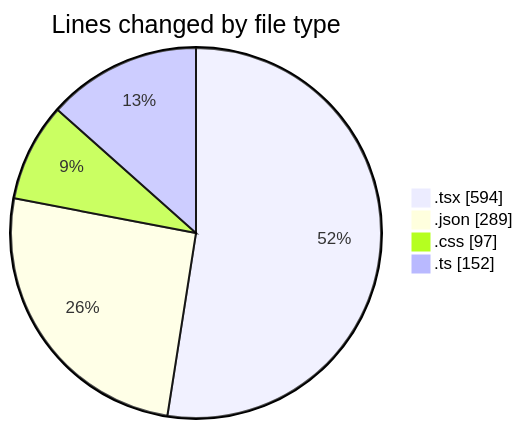
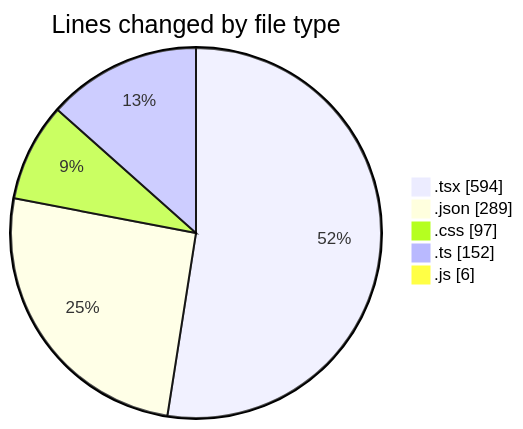
One commit to Elitesun/code-tracking changed the first of 2 diagrams in 2025-05-04/niten/README.md. Above: the diagram before and after it, drawn with Mermaid. The commit also changed other lines of this file and 1 other file, not shown here.

````diff
--- a/2025-05-04/niten/README.md
+++ b/2025-05-04/niten/README.md
@@ -36,8 +37,9 @@
 ```mermaid
 pie showData
 title Lines changed by file type
 ".tsx" : 594
 ".json" : 289
 ".css" : 97
 ".ts" : 152
+".js" : 6
 ```
````
